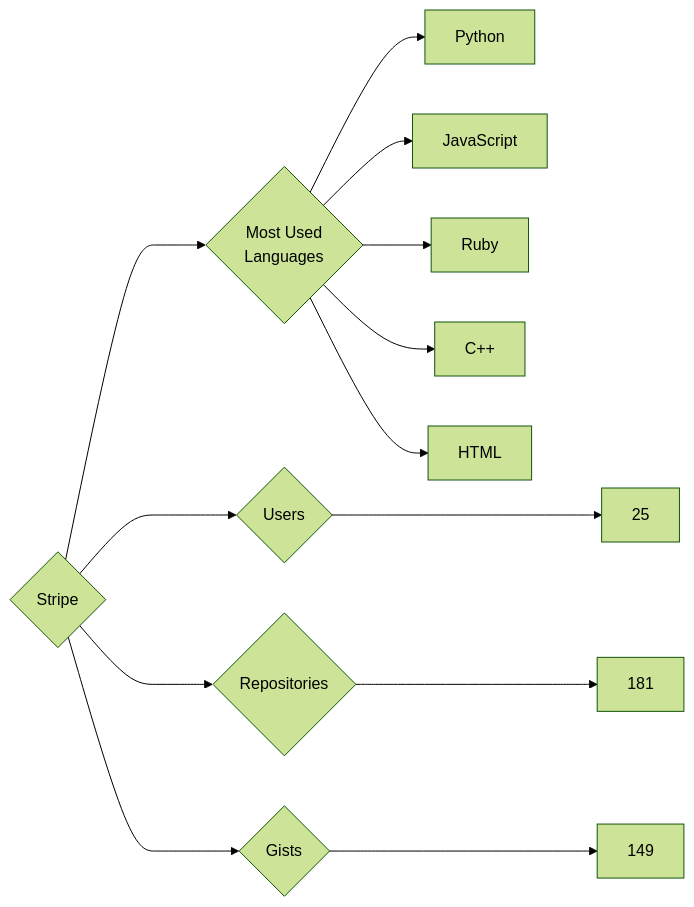
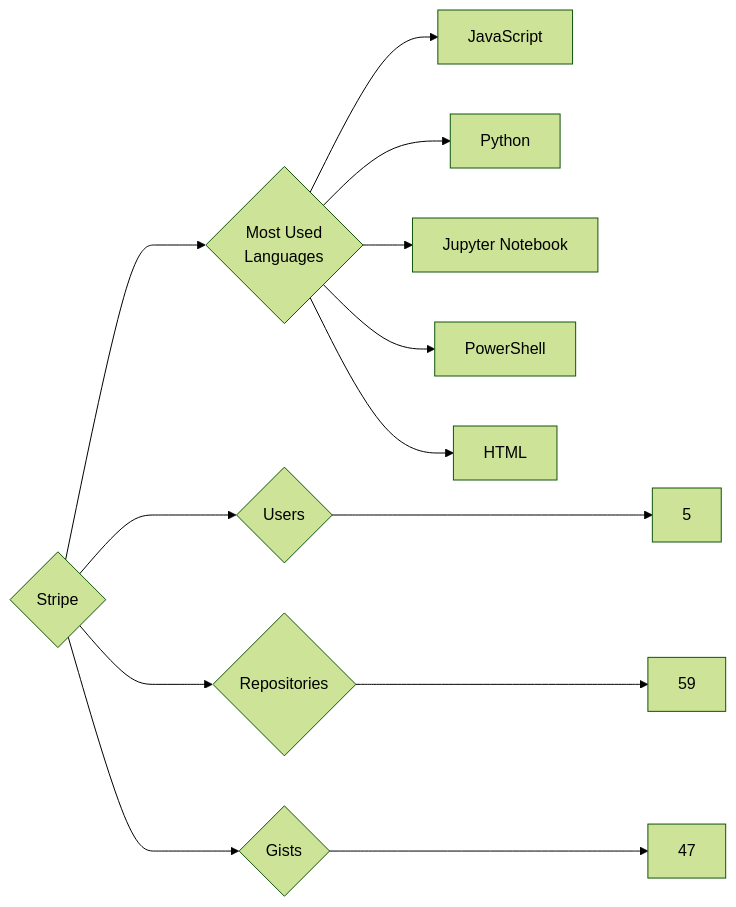
Before and after one commit to trickest/insiders: the diagram in targets/Stripe/README.md, drawn with Mermaid (forest theme). The commit also changed 829 other files, not shown here.

````diff
--- a/targets/Stripe/README.md
+++ b/targets/Stripe/README.md
@@ -3,13 +3,13 @@
 ```mermaid
 graph LR
 COMPANY_NAME{Stripe}
-COMPANY_NAME ---> U{Users} ---> UN[25]
-COMPANY_NAME ---> R{Repositories} ---> RN[181]
-COMPANY_NAME ---> G{Gists} ---> GN[149]
+COMPANY_NAME ---> U{Users} ---> UN[5]
+COMPANY_NAME ---> R{Repositories} ---> RN[59]
+COMPANY_NAME ---> G{Gists} ---> GN[47]
 COMPANY_NAME ---> ML{Most Used<br>Languages}
+ML --> JavaScript[JavaScript]
 ML --> Python[Python]
-ML --> JavaScript[JavaScript]
-ML --> Ruby[Ruby]
-ML --> C++[C++]
+ML --> Jupyter_Notebook[Jupyter Notebook]
+ML --> PowerShell[PowerShell]
 ML --> HTML[HTML]
 ```
````
